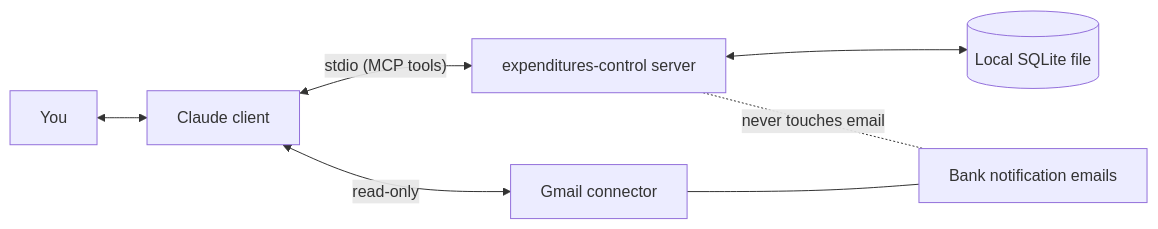
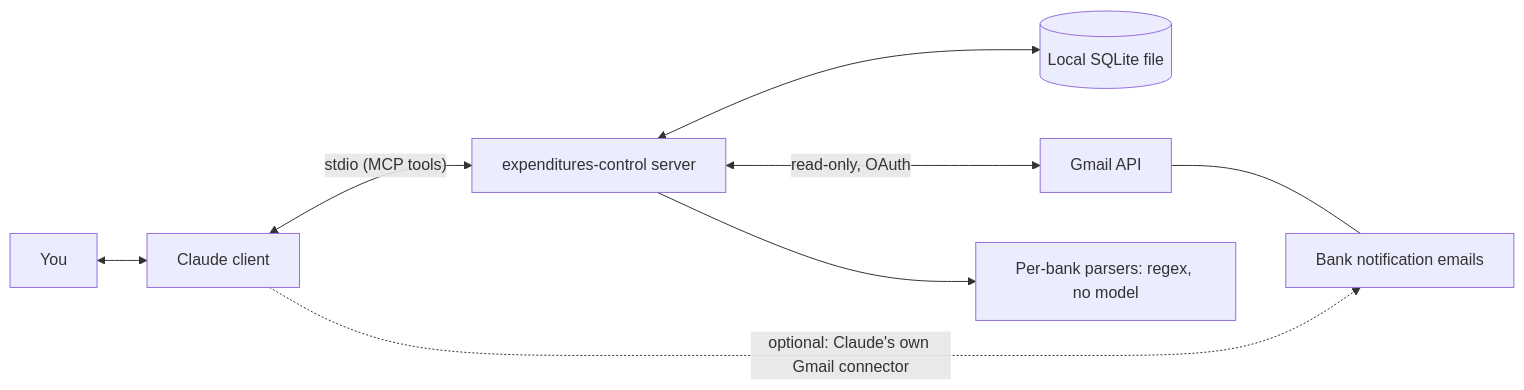
Before and after one commit to estebanjc78/expenditure: the diagram in README.md, drawn with Mermaid. The commit also changed other lines of this file and 22 other files, not shown here.

````diff
--- a/README.md
+++ b/README.md
@@ -40,9 +40,10 @@
 ```mermaid
 flowchart LR
     U[You] <--> C[Claude client]
     C <-->|"stdio (MCP tools)"| S[expenditures-control server]
     S <--> DB[(Local SQLite file)]
-    C <-->|"read-only"| G[Gmail connector]
-    G --- M[Bank notification emails]
-    S -. "never touches email" .- M
+    S <-->|"read-only, OAuth"| GA[Gmail API]
+    GA --- M[Bank notification emails]
+    S --> P[Per-bank parsers: regex, no model]
+    C -. "optional: Claude's own Gmail connector" .-> M
 ```
````
